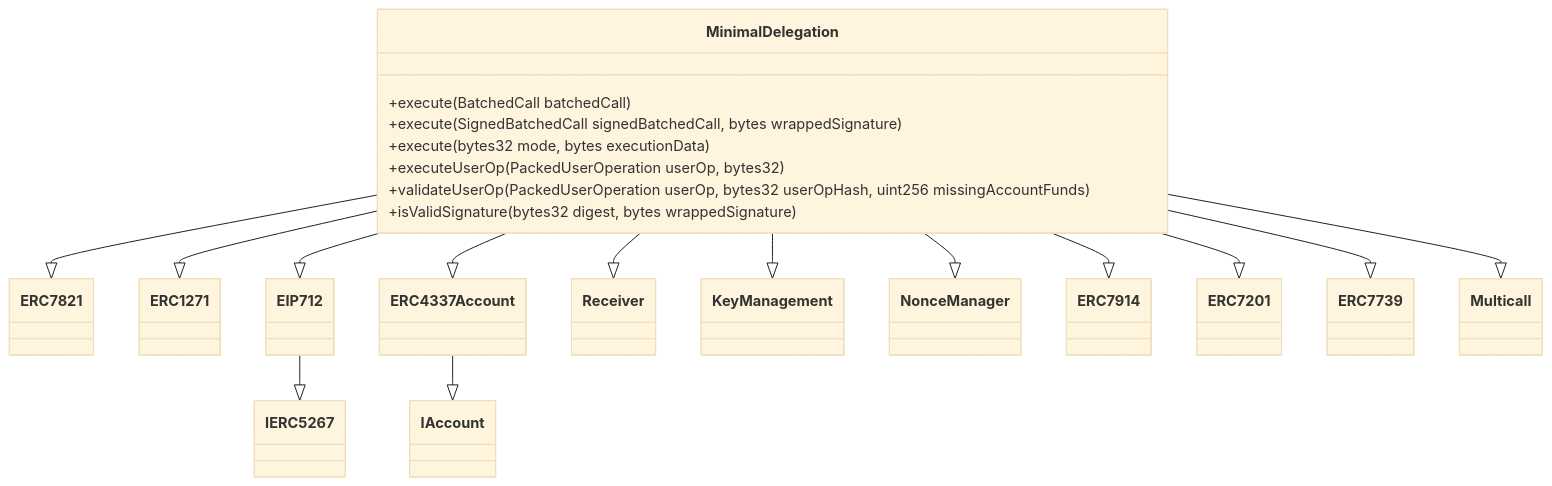
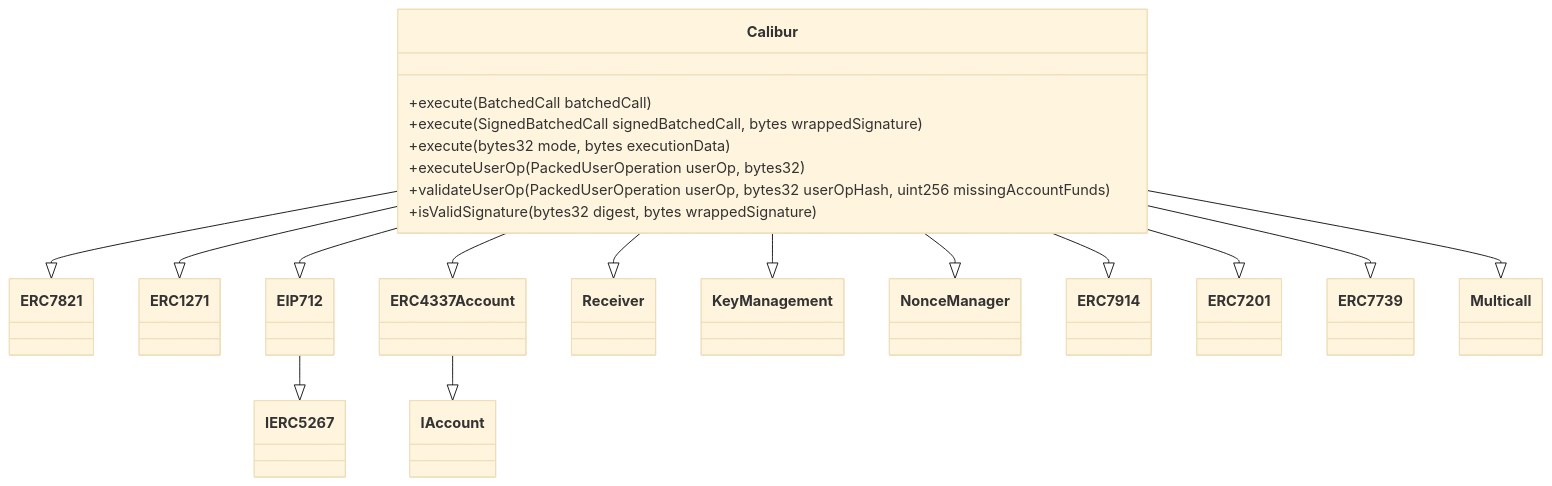
One commit to Uniswap/minimal-delegation changed the first of 7 diagrams in README.md. Above: the diagram before and after it, drawn with Mermaid (base theme). The commit also changed other lines of this file and 7 other files, not shown here.

````diff
--- a/README.md
+++ b/README.md
@@ -31,26 +31,26 @@
 ```mermaid
 classDiagram
-    MinimalDelegation --|> ERC7821
-    MinimalDelegation --|> ERC1271
-    MinimalDelegation --|> EIP712
-    MinimalDelegation --|> ERC4337Account
-    MinimalDelegation --|> Receiver
-    MinimalDelegation --|> KeyManagement
-    MinimalDelegation --|> NonceManager
-    MinimalDelegation --|> ERC7914
-    MinimalDelegation --|> ERC7201
-    MinimalDelegation --|> ERC7739
-    MinimalDelegation --|> Multicall
+    Calibur --|> ERC7821
+    Calibur --|> ERC1271
+    Calibur --|> EIP712
+    Calibur --|> ERC4337Account
+    Calibur --|> Receiver
+    Calibur --|> KeyManagement
+    Calibur --|> NonceManager
+    Calibur --|> ERC7914
+    Calibur --|> ERC7201
+    Calibur --|> ERC7739
+    Calibur --|> Multicall
     
     EIP712 --|> IERC5267
     ERC4337Account --|> IAccount
     
-    class MinimalDelegation {
+    class Calibur {
         +execute(BatchedCall batchedCall)
         +execute(SignedBatchedCall signedBatchedCall, bytes wrappedSignature)
         +execute(bytes32 mode, bytes executionData)
         +executeUserOp(PackedUserOperation userOp, bytes32)
         +validateUserOp(PackedUserOperation userOp, bytes32 userOpHash, uint256 missingAccountFunds)
         +isValidSignature(bytes32 digest, bytes wrappedSignature)
     }
 ```
````
